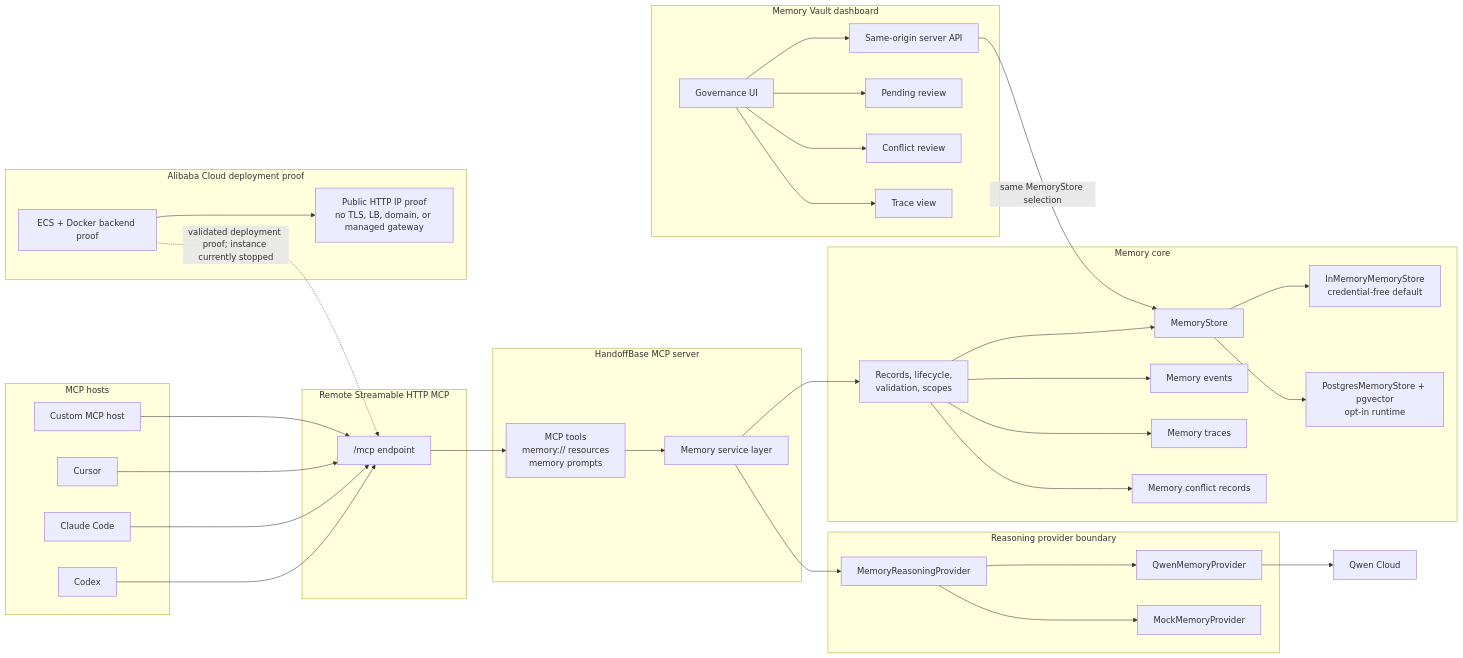
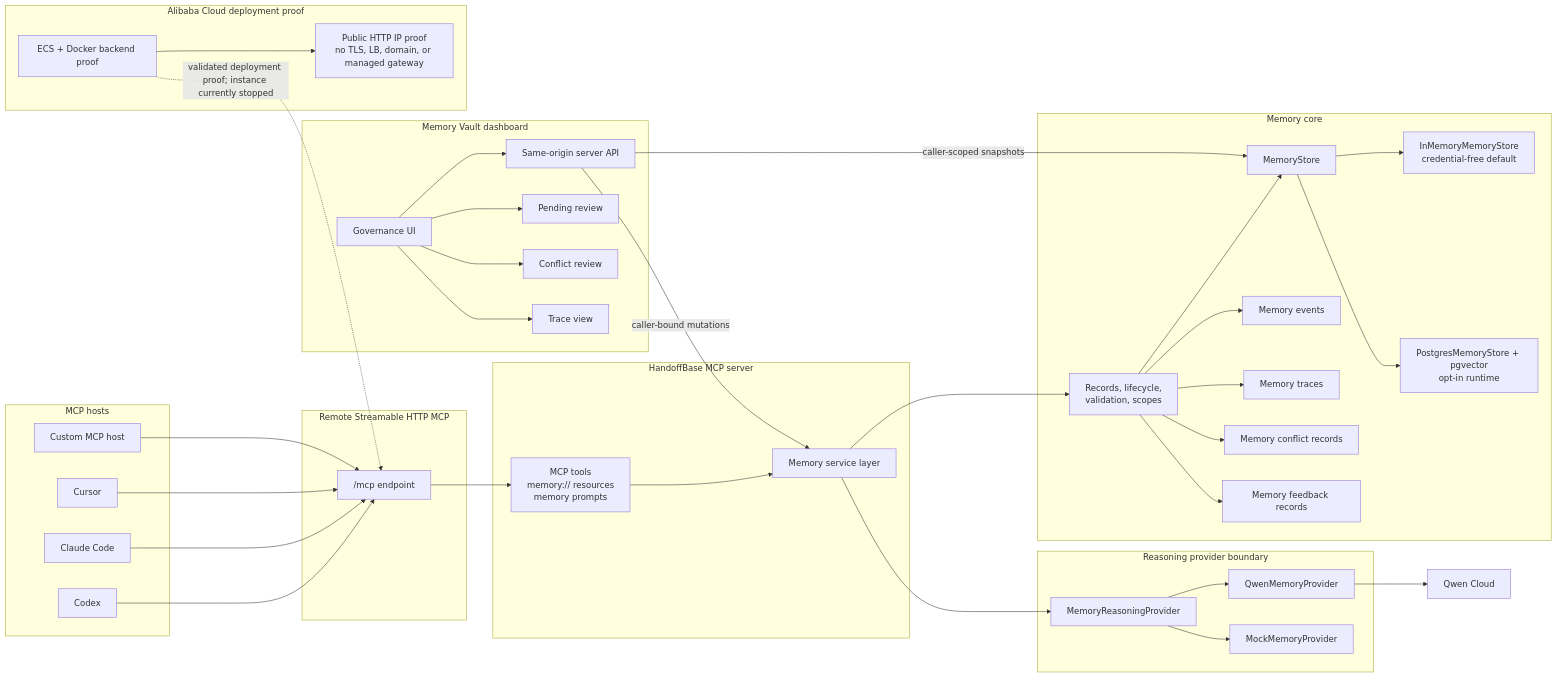
Before and after one commit to jensonChow/handoffbase: the diagram in docs/architecture.md, drawn with Mermaid. The commit also changed other lines of this file and 100 other files, not shown here.

````diff
--- a/docs/architecture.md
+++ b/docs/architecture.md
@@ -18,76 +18,79 @@
 ```mermaid
 flowchart LR
   subgraph Hosts["MCP hosts"]
     Codex["Codex"]
     Claude["Claude Code"]
     Cursor["Cursor"]
     Custom["Custom MCP host"]
   end
 
   subgraph Remote["Remote Streamable HTTP MCP"]
     Endpoint["/mcp endpoint"]
   end
 
   subgraph ServerLayer["HandoffBase MCP server"]
     Surface["MCP tools<br/>memory:// resources<br/>memory prompts"]
     Service["Memory service layer"]
   end
 
   subgraph ProviderLayer["Reasoning provider boundary"]
     ProviderBoundary["MemoryReasoningProvider"]
     QwenProvider["QwenMemoryProvider"]
     MockProvider["MockMemoryProvider"]
   end
 
   subgraph CoreLayer["Memory core"]
     Core["Records, lifecycle,<br/>validation, scopes"]
     Store["MemoryStore"]
     InMemory["InMemoryMemoryStore<br/>credential-free default"]
     Postgres["PostgresMemoryStore + pgvector<br/>opt-in runtime"]
     Events["Memory events"]
     Trace["Memory traces"]
     Conflicts["Memory conflict records"]
+    Feedback["Memory feedback records"]
   end
 
   subgraph DashboardLayer["Memory Vault dashboard"]
     Dashboard["Governance UI"]
     DashboardAPI["Same-origin server API"]
     Pending["Pending review"]
     ConflictReview["Conflict review"]
     TraceView["Trace view"]
   end
 
   subgraph CloudProof["Alibaba Cloud deployment proof"]
     ECS["ECS + Docker backend proof"]
     Limits["Public HTTP IP proof<br/>no TLS, LB, domain, or managed gateway"]
   end
 
   Codex --> Endpoint
   Claude --> Endpoint
   Cursor --> Endpoint
   Custom --> Endpoint
   Endpoint --> Surface
   Surface --> Service
 
   Service --> ProviderBoundary
   ProviderBoundary --> QwenProvider
   ProviderBoundary --> MockProvider
   QwenProvider --> QwenCloud["Qwen Cloud"]
 
   Service --> Core
   Core --> Store
   Store --> InMemory
   Store --> Postgres
   Core --> Events
   Core --> Trace
   Core --> Conflicts
+  Core --> Feedback
 
   Dashboard --> DashboardAPI
-  DashboardAPI -->|same MemoryStore selection| Store
+  DashboardAPI -->|caller-bound mutations| Service
+  DashboardAPI -->|caller-scoped snapshots| Store
   Dashboard --> Pending
   Dashboard --> ConflictReview
   Dashboard --> TraceView
 
   ECS -. "validated deployment proof; instance currently stopped" .-> Endpoint
   ECS --> Limits
 ```
````
